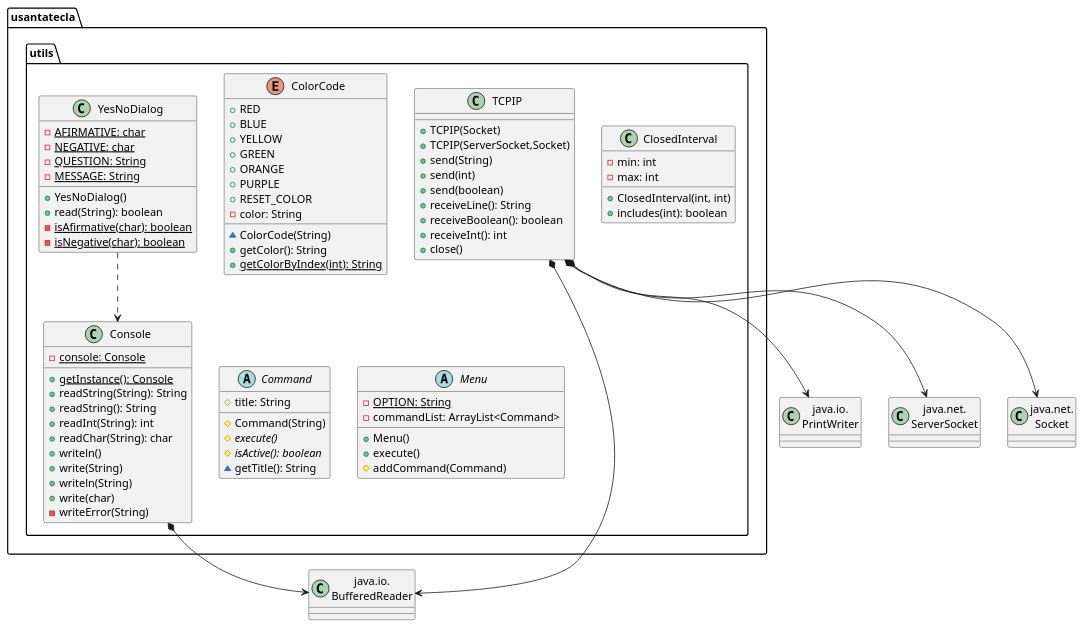
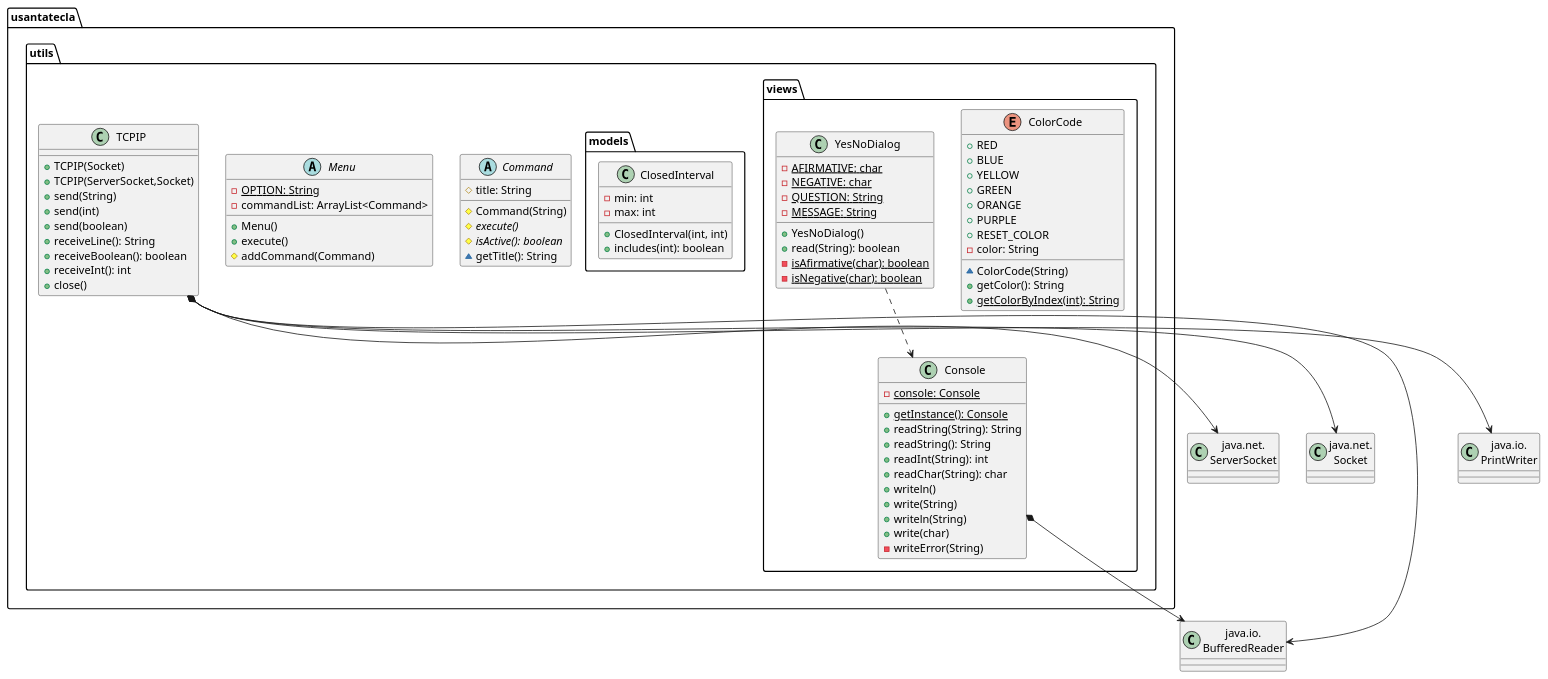
The eighth of 8 diagrams in modelViewPresenter/presentationModel/withoutProxy/docs/diagrams/src/paquetes.plantuml (SantaTecla-mastermind/solution.java.swing.socket.sql), drawn with PlantUML before and after one commit. The commit also changed 68 other files, not shown here.

Commit message:
[dv.console] Change some things to match TicTacToe. Fixed models tests + added some + added in domainModel

```diff
--- a/modelViewPresenter/presentationModel/withoutProxy/docs/diagrams/src/paquetes.plantuml
+++ b/modelViewPresenter/presentationModel/withoutProxy/docs/diagrams/src/paquetes.plantuml
@@ -694,88 +694,88 @@
 @startuml usantatecla.utils
 class BufferedReader as "java.io.\nBufferedReader"{}
 class PrintWritter as "java.io.\nPrintWriter" {}
 class ServerSocket as "java.net.\nServerSocket" {}
 class Socket as "java.net.\nSocket" {}
 
-enum usantatecla.utils.ColorCode{
+enum usantatecla.utils.views.ColorCode{
     + RED
     + BLUE
     + YELLOW
     + GREEN
     + ORANGE
     + PURPLE
     + RESET_COLOR
     - color: String
     ~ ColorCode(String)
     + getColor(): String
     + {static} getColorByIndex(int): String
 }
 
-class usantatecla.utils.Console{
+class usantatecla.utils.views.Console{
     - {static} console: Console
     + {static} getInstance(): Console
     + readString(String): String
     + readString(): String
     + readInt(String): int
     + readChar(String): char
     + writeln()
     + write(String)
     + writeln(String)
     + write(char)
     - writeError(String)
 }
-usantatecla.utils.Console *-down-> BufferedReader
+usantatecla.utils.views.Console *-down-> BufferedReader
 
-class  usantatecla.utils.YesNoDialog{
+class  usantatecla.utils.views.YesNoDialog{
     - {static} AFIRMATIVE: char
     - {static} NEGATIVE: char
     - {static} QUESTION: String
     - {static} MESSAGE: String
     + YesNoDialog()
     + read(String): boolean
     - {static} isAfirmative(char): boolean
     - {static} isNegative(char): boolean
 }
-usantatecla.utils.YesNoDialog ..> usantatecla.utils.Console
+usantatecla.utils.views.YesNoDialog ..> usantatecla.utils.views.Console
 
-class  usantatecla.utils.ClosedInterval{
+class  usantatecla.utils.models.ClosedInterval{
     - min: int
     - max: int
     + ClosedInterval(int, int)
     + includes(int): boolean
 }
 
 abstract  usantatecla.utils.Command{
     # title: String
     # Command(String)
     # {abstract} execute()
     # {abstract} isActive(): boolean
     ~ getTitle(): String
 }
 
 abstract  usantatecla.utils.Menu{
     - {static} OPTION: String
     - commandList: ArrayList<Command>
     + Menu()
     + execute()
     # addCommand(Command)
 }
 
 class usantatecla.utils.TCPIP{
     + TCPIP(Socket)
     + TCPIP(ServerSocket,Socket)
     + send(String)
     + send(int)
     + send(boolean)
     + receiveLine(): String
     + receiveBoolean(): boolean
     + receiveInt(): int
     + close()
 }
 
 usantatecla.utils.TCPIP *-down-> BufferedReader
 usantatecla.utils.TCPIP *-down-> PrintWritter
 usantatecla.utils.TCPIP *-down-> ServerSocket
 usantatecla.utils.TCPIP *-down-> Socket
 
 @enduml
```
